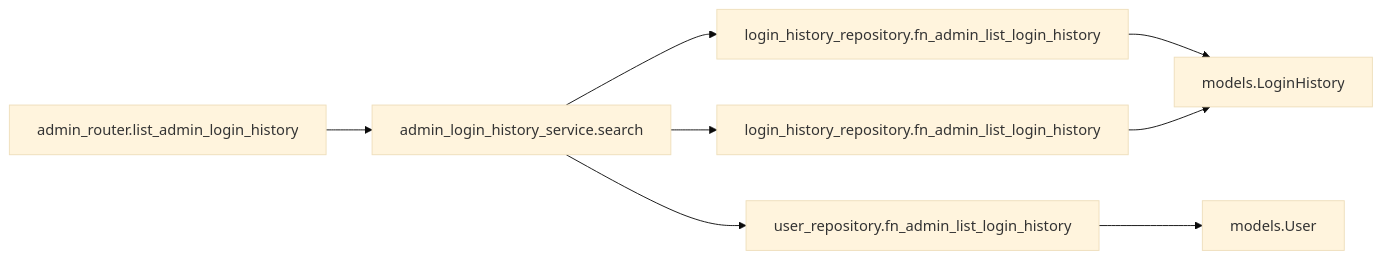
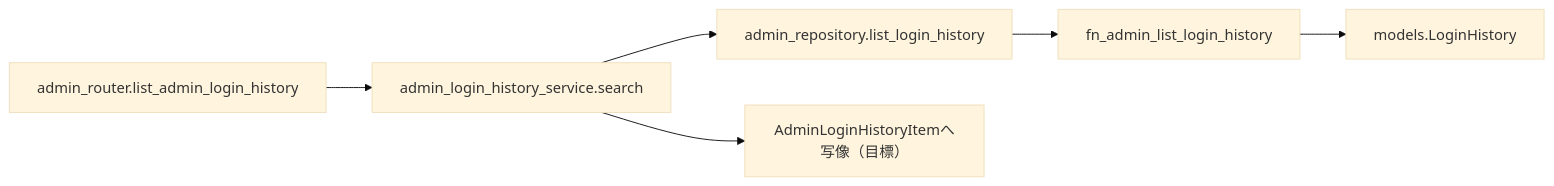
One commit to oikawa-d/task_management changed the third of 4 diagrams in docs/detailed_design/api/admin/07_get_admin_login_history.md. Above: the diagram before and after it, drawn with Mermaid (base theme). The commit also changed other lines of this file and 2 other files, not shown here.

````diff
--- a/docs/detailed_design/api/admin/07_get_admin_login_history.md
+++ b/docs/detailed_design/api/admin/07_get_admin_login_history.md
@@ -207,10 +188,8 @@
 ```mermaid
 flowchart LR
     R["admin_router.list_admin_login_history"] --> S["admin_login_history_service.search"]
-    S --> LRP1["login_history_repository.fn_admin_list_login_history"]
-    S --> LRP2["login_history_repository.fn_admin_list_login_history"]
-    S --> URP["user_repository.fn_admin_list_login_history"]
-    LRP1 --> M1["models.LoginHistory"]
-    LRP2 --> M1
-    URP --> M2["models.User"]
+    S --> ARP["admin_repository.list_login_history"]
+    ARP --> FN["fn_admin_list_login_history"]
+    FN --> M1["models.LoginHistory"]
+    S --> DTO["AdminLoginHistoryItemへ写像（目標）"]
 ```
````
